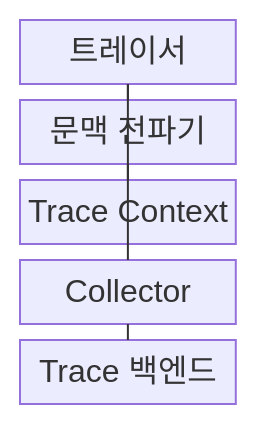
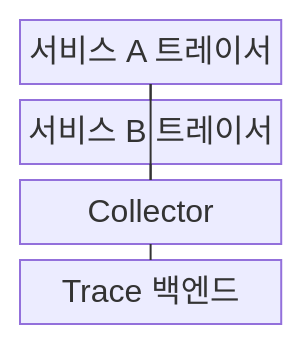
One commit to agnusdei1207/knowledge-base changed the first of 2 diagrams in src/content/docs/notes/03-software/163_distributed_tracing.md. Above: the diagram before and after it, drawn with Mermaid. The commit also changed other lines of this file and 20 other files, not shown here.

````diff
--- a/src/content/docs/notes/03-software/163_distributed_tracing.md
+++ b/src/content/docs/notes/03-software/163_distributed_tracing.md
@@ -57,13 +57,12 @@
 ```mermaid
-block-beta
+block
     columns 1
-    A["트레이서"]
-    B["문맥 전파기"]
-    C["Trace Context"]
-    D["Collector"]
-    E["Trace 백엔드"]
+    A["서비스 A 트레이서"]
+    B["서비스 B 트레이서"]
+    C["Collector"]
+    D["Trace 백엔드"]
     A --- B
+    A --- C
     B --- C
-    A --- D
-    D --- E
+    C --- D
 ```
````
